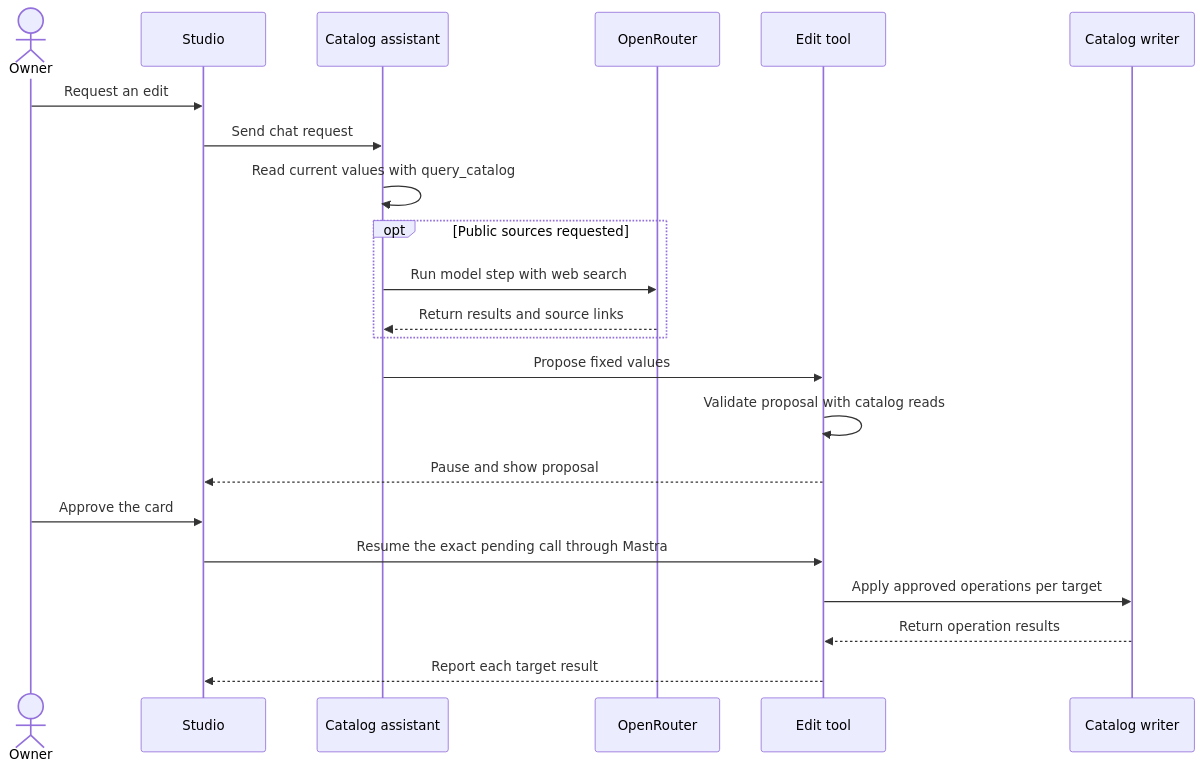
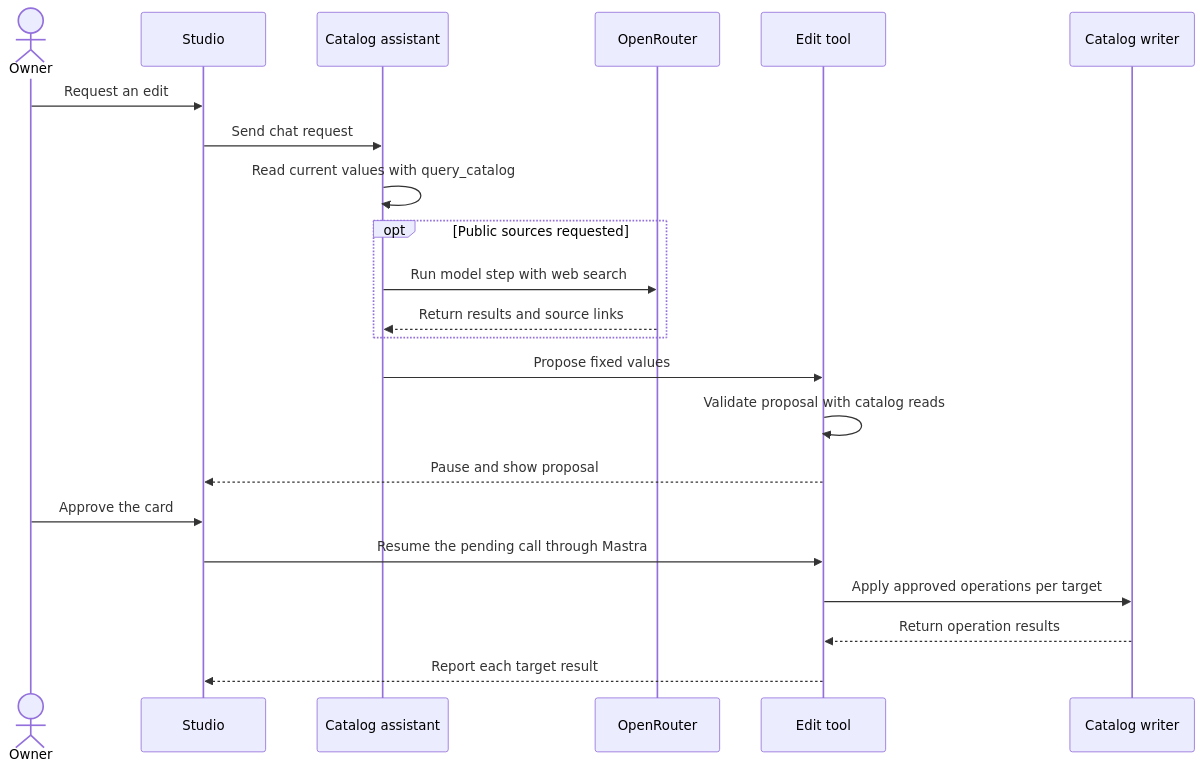
One commit to alex-karo/eventroam changed the diagram in openspec/changes/studio-catalog-editing/design.md. Above: the diagram before and after it, drawn with Mermaid. The commit also changed other lines of this file and 22 other files, not shown here.

````diff
--- a/openspec/changes/studio-catalog-editing/design.md
+++ b/openspec/changes/studio-catalog-editing/design.md
@@ -55,24 +55,24 @@
 ```mermaid
 sequenceDiagram
     actor Owner
     participant Studio
     participant Agent as Catalog assistant
     participant OpenRouter
     participant Tool as Edit tool
     participant Writer as Catalog writer
     Owner->>Studio: Request an edit
     Studio->>Agent: Send chat request
     Agent->>Agent: Read current values with query_catalog
     opt Public sources requested
         Agent->>OpenRouter: Run model step with web search
         OpenRouter-->>Agent: Return results and source links
     end
     Agent->>Tool: Propose fixed values
     Tool->>Tool: Validate proposal with catalog reads
     Tool-->>Studio: Pause and show proposal
     Owner->>Studio: Approve the card
-    Studio->>Tool: Resume the exact pending call through Mastra
+    Studio->>Tool: Resume the pending call through Mastra
     Tool->>Writer: Apply approved operations per target
     Writer-->>Tool: Return operation results
     Tool-->>Studio: Report each target result
 ```
````
